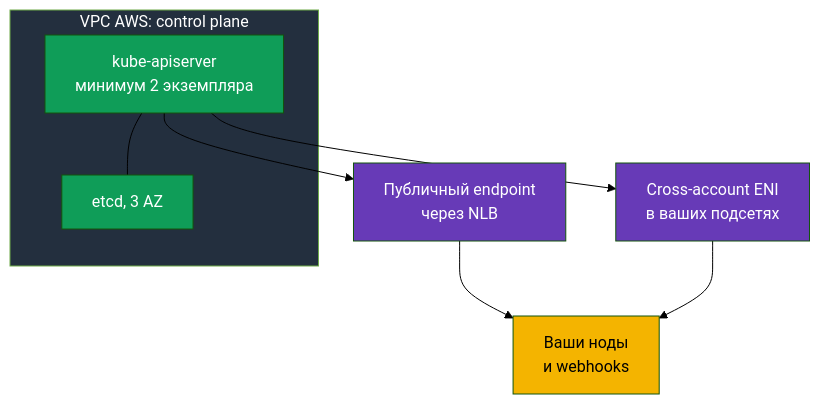
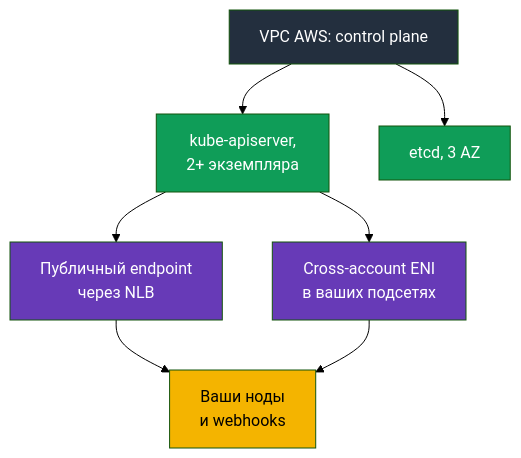
One commit to ViktorUJ/cks changed the first of 3 diagrams in tasks/eks/course/02/ru.md. Above: the diagram before and after it, drawn with Mermaid (forest theme). The commit also changed other lines of this file and 52 other files, not shown here.

````diff
--- a/tasks/eks/course/02/ru.md
+++ b/tasks/eks/course/02/ru.md
@@ -24,21 +24,15 @@
 ```mermaid
 flowchart TB
-    subgraph awsvpc["VPC AWS: control plane"]
-        api["kube-apiserver<br>минимум 2 экземпляра"]
-        etcd["etcd, 3 AZ"]
-    end
-    nlb["Публичный endpoint<br>через NLB"]
-    eni["Cross-account ENI<br>в ваших подсетях"]
-    nodes["Ваши ноды<br>и webhooks"]
-    api --- etcd
-    api --> nlb
-    api --> eni
-    nlb --> nodes
+    awsvpc["VPC AWS: control plane"] --> api["kube-apiserver,<br/>2+ экземпляра"]
+    awsvpc --> etcd["etcd, 3 AZ"]
+    api --> nlb["Публичный endpoint<br/>через NLB"]
+    api --> eni["Cross-account ENI<br/>в ваших подсетях"]
+    nlb --> nodes["Ваши ноды<br/>и webhooks"]
     eni --> nodes
     style awsvpc fill:#232f3e,color:#fff
     style api fill:#0f9d58,color:#fff
     style etcd fill:#0f9d58,color:#fff
     style nlb fill:#673ab7,color:#fff
     style eni fill:#673ab7,color:#fff
     style nodes fill:#f4b400,color:#000
 ```
````
